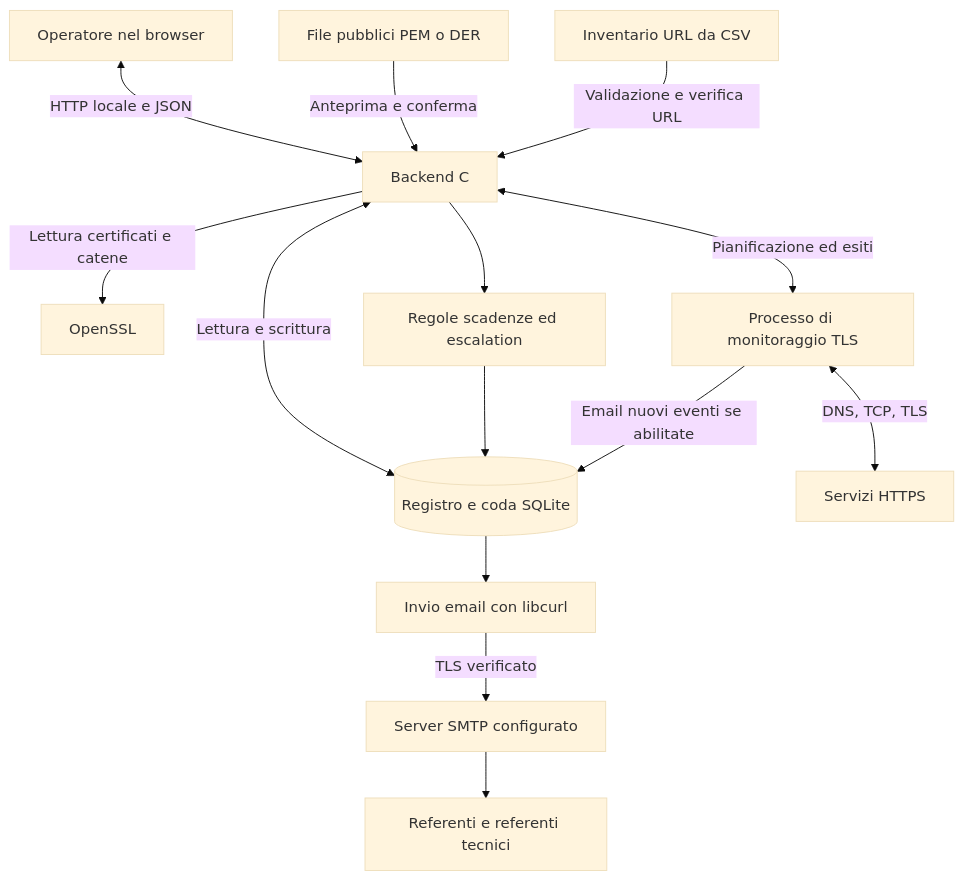
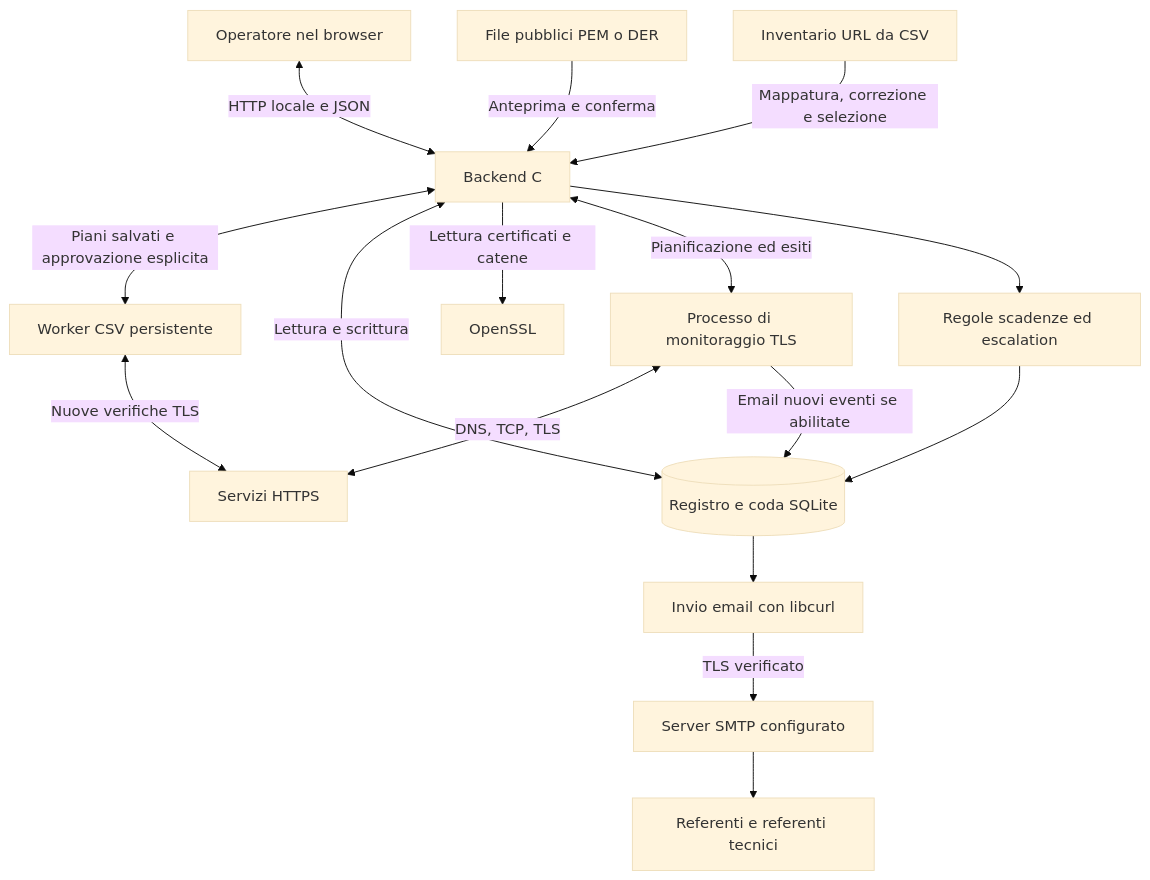
The first of 3 diagrams in docs/WORKFLOW.it.md (GiorgioOppo/Certificate-Manager), drawn with Mermaid (base theme) before and after one commit. The commit also changed other lines of this file and 46 other files, not shown here.

````diff
--- a/docs/WORKFLOW.it.md
+++ b/docs/WORKFLOW.it.md
@@ -11,16 +11,18 @@
 ```mermaid
 flowchart TD
     User["Operatore nel browser"] <-->|HTTP locale e JSON| Backend["Backend C"]
     Files["File pubblici PEM o DER"] -->|Anteprima e conferma| Backend
-    CSV["Inventario URL da CSV"] -->|Validazione e verifica URL| Backend
+    CSV["Inventario URL da CSV"] -->|Mappatura, correzione e selezione| Backend
+    Backend <-->|Piani salvati e approvazione esplicita| Batch["Worker CSV persistente"]
+    Batch <-->|Nuove verifiche TLS| Services
     Backend <-->|Lettura e scrittura| DB[("Registro e coda SQLite")]
     Backend -->|Lettura certificati e catene| X509["OpenSSL"]
     Backend <-->|Pianificazione ed esiti| Monitor["Processo di monitoraggio TLS"]
     Monitor <-->|DNS, TCP, TLS| Services["Servizi HTTPS"]
     Backend --> Rules["Regole scadenze ed escalation"]
     Rules --> DB
     Monitor -->|Email nuovi eventi se abilitate| DB
     DB --> Mail["Invio email con libcurl"]
     Mail -->|TLS verificato| SMTP["Server SMTP configurato"]
     SMTP --> Contacts["Referenti e referenti tecnici"]
 ```
````
